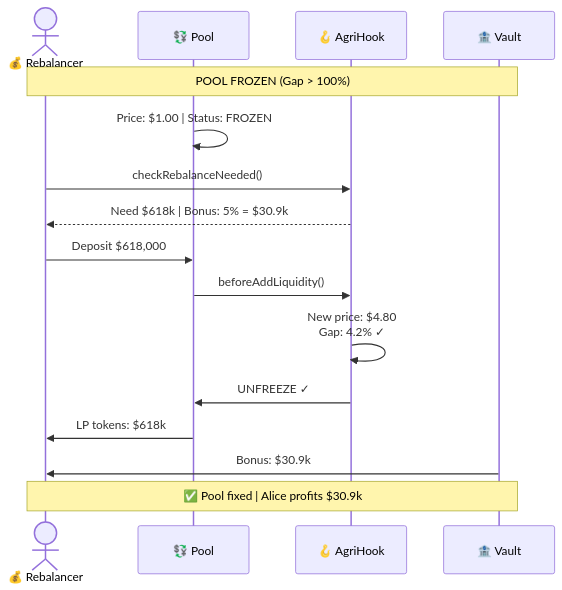
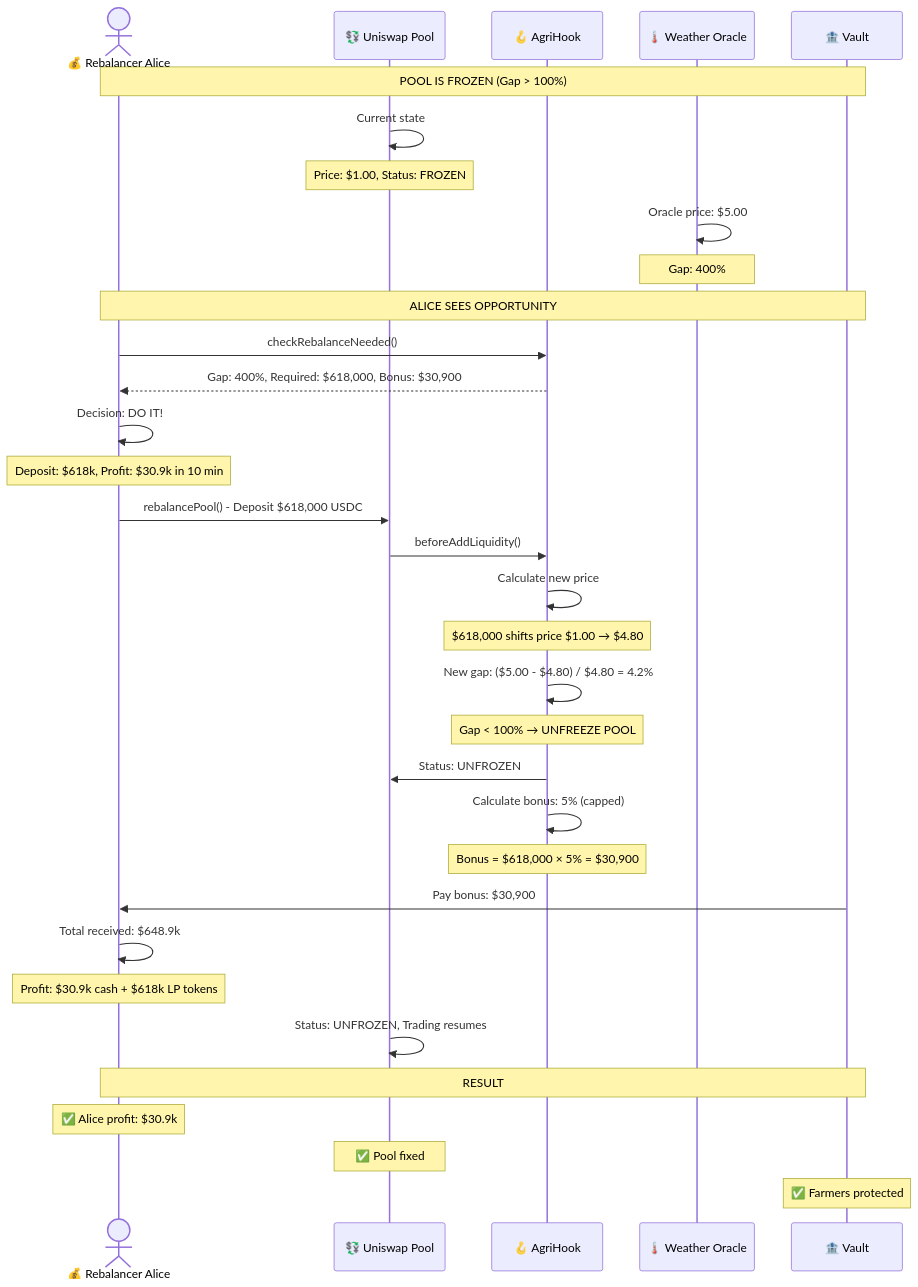
Before and after one commit to soumyacodes007/flare_fdc: the third of 3 diagrams in README.md, drawn with Mermaid. The commit also changed other lines of this file, not shown here.

Commit message:
fix: repair broken Mermaid diagrams in README

````diff
--- a/README.md
+++ b/README.md
@@ -1096,23 +461,45 @@
 ```mermaid
 sequenceDiagram
-    actor Alice as 💰 Rebalancer
-    participant Pool as 💱 Pool
+    actor Alice as 💰 Rebalancer Alice
+    participant Pool as 💱 Uniswap Pool
     participant Hook as 🪝 AgriHook
+    participant Oracle as 🌡️ Weather Oracle
     participant Vault as 🏦 Vault
     
-    Note over Alice,Vault: POOL FROZEN (Gap > 100%)
-    Pool->>Pool: Price: $1.00 | Status: FROZEN
+    Note over Alice,Vault: POOL IS FROZEN (Gap > 100%)
+    Pool->>Pool: Current state
+    Note over Pool: Price: $1.00, Status: FROZEN
+    Oracle->>Oracle: Oracle price: $5.00
+    Note over Oracle: Gap: 400%
     
+    Note over Alice,Vault: ALICE SEES OPPORTUNITY
     Alice->>Hook: checkRebalanceNeeded()
-    Hook-->>Alice: Need $618k | Bonus: 5% = $30.9k
+    Hook-->>Alice: Gap: 400%, Required: $618,000, Bonus: $30,900
     
-    Alice->>Pool: Deposit $618,000
+    Alice->>Alice: Decision: DO IT!
+    Note over Alice: Deposit: $618k, Profit: $30.9k in 10 min
+    
+    Alice->>Pool: rebalancePool() - Deposit $618,000 USDC
+    
     Pool->>Hook: beforeAddLiquidity()
-    Hook->>Hook: New price: $4.80<br/>Gap: 4.2% ✓
-    Hook->>Pool: UNFREEZE ✓
+    Hook->>Hook: Calculate new price
+    Note over Hook: $618,000 shifts price $1.00 → $4.80
+    Hook->>Hook: New gap: ($5.00 - $4.80) / $4.80 = 4.2%
     
-    Pool->>Alice: LP tokens: $618k
-    Vault->>Alice: Bonus: $30.9k
+    Note over Hook: Gap < 100% → UNFREEZE POOL
+    Hook->>Pool: Status: UNFROZEN
     
-    Note over Alice,Vault: ✅ Pool fixed | Alice profits $30.9k
+    Hook->>Hook: Calculate bonus: 5% (capped)
+    Note over Hook: Bonus = $618,000 × 5% = $30,900
+    Vault->>Alice: Pay bonus: $30,900
+    
+    Alice->>Alice: Total received: $648.9k
+    Note over Alice: Profit: $30.9k cash + $618k LP tokens
+    
+    Pool->>Pool: Status: UNFROZEN, Trading resumes
+    
+    Note over Alice,Vault: RESULT
+    Note over Alice: ✅ Alice profit: $30.9k
+    Note over Pool: ✅ Pool fixed
+    Note over Vault: ✅ Farmers protected
 ```
````
